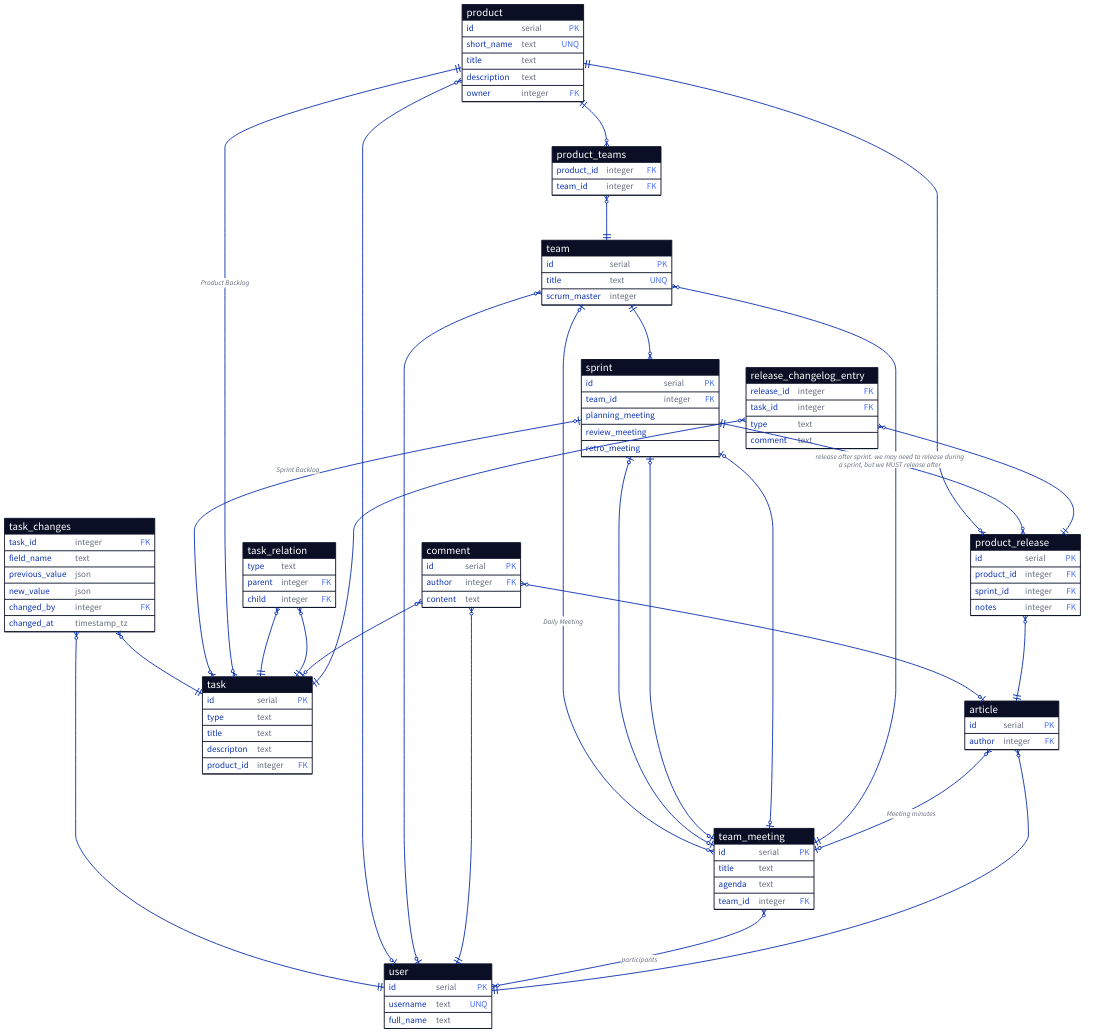
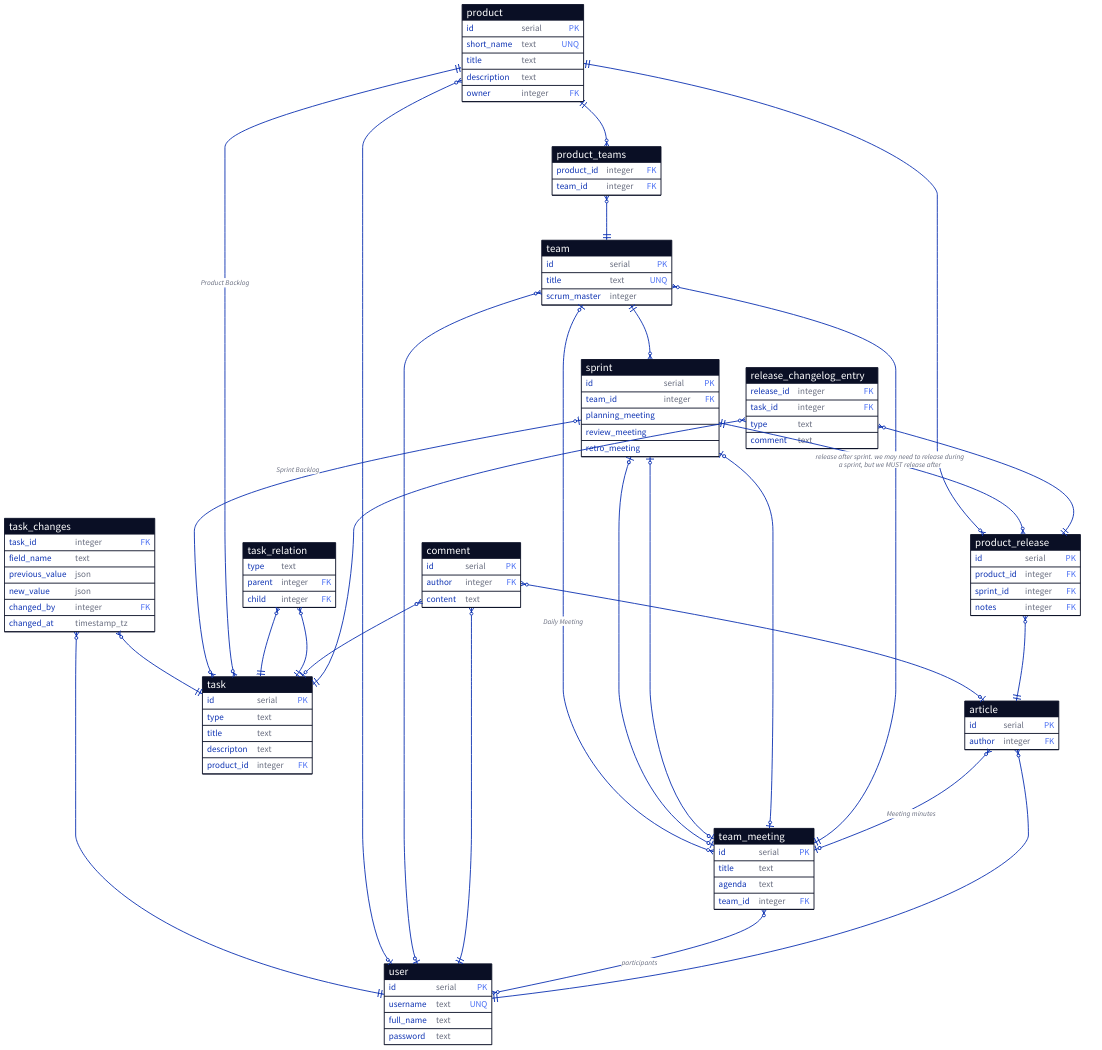
Before and after one commit to forafox/Zadachnik: the diagram in docs/datalogical.d2, drawn with D2. The commit also changed 1 other file, not shown here.

Commit message:
add password

```diff
--- a/docs/datalogical.d2
+++ b/docs/datalogical.d2
@@ -19,6 +19,7 @@
   id: serial {constraint: primary_key}
   username: text {constraint: unique}
   full_name: text
+  password: text
 }
 
 sprint: {
```
